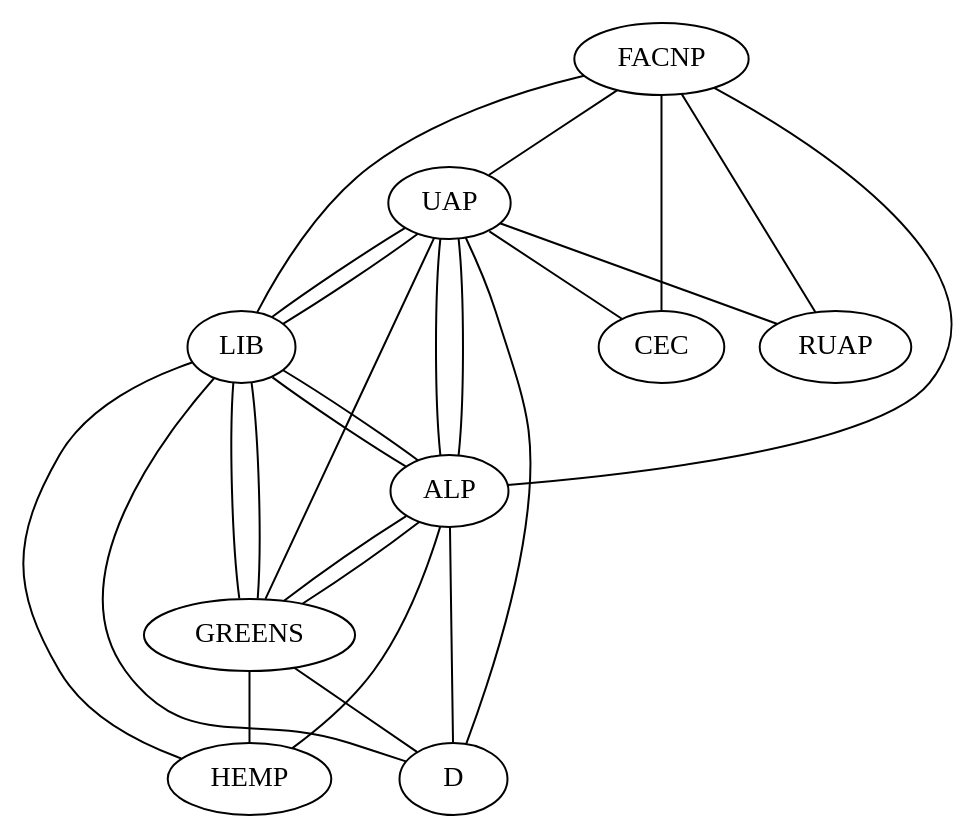
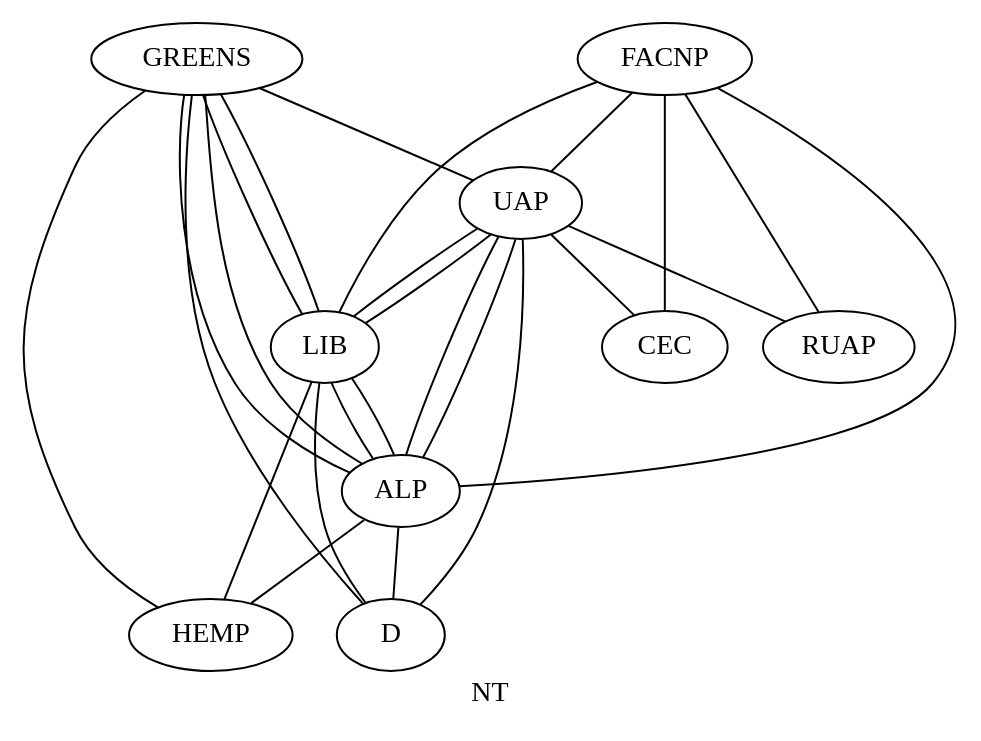
One commit to peterkmurphy/senate-htv-sna changed the diagram in nt.dot. Above: the diagram before and after it, drawn with Graphviz. The commit also changed 5 other files, not shown here.

```diff
--- a/nt.dot
+++ b/nt.dot
@@ -1,27 +1,29 @@
 graph G  {
+    graph [label = "NT"];
+    GREENS [ pos = "0,0" ];
     UAP -- LIB;
     UAP -- CEC;
     UAP -- ALP;
     UAP -- D
     UAP -- RUAP;
     ALP -- GREENS;
     ALP -- HEMP;
     ALP -- D;
     ALP -- UAP;
     ALP -- LIB;
     LIB -- UAP;
     LIB -- D;
     LIB -- HEMP;
     LIB -- ALP;
     LIB -- GREENS;
     GREENS -- HEMP;
     GREENS -- ALP;
     GREENS -- D;
     GREENS -- UAP;
     GREENS -- LIB;
     FACNP -- RUAP;
     FACNP -- LIB;
     FACNP -- CEC;
     FACNP -- UAP;
     FACNP -- ALP;
 }
```
